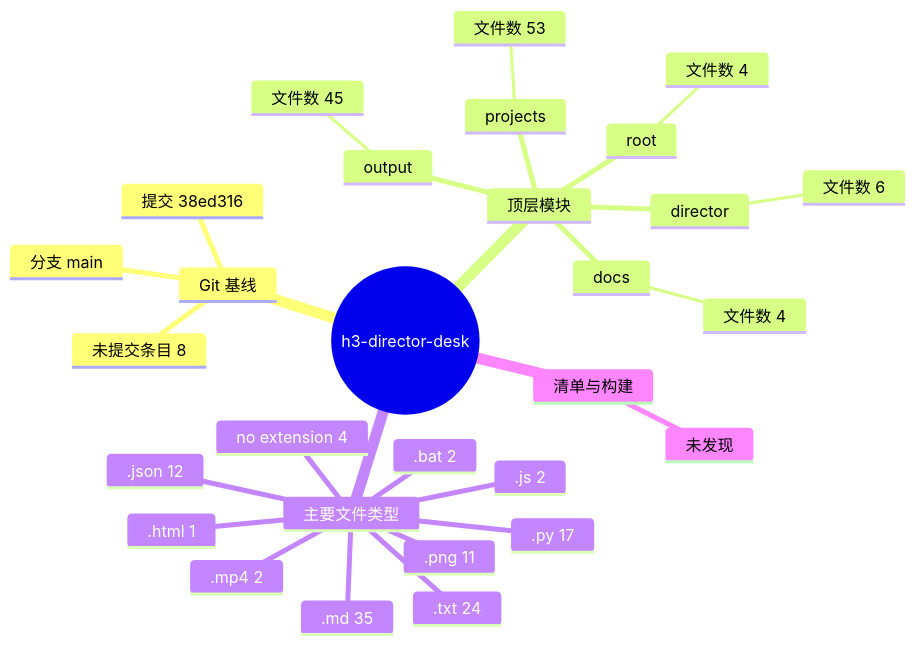
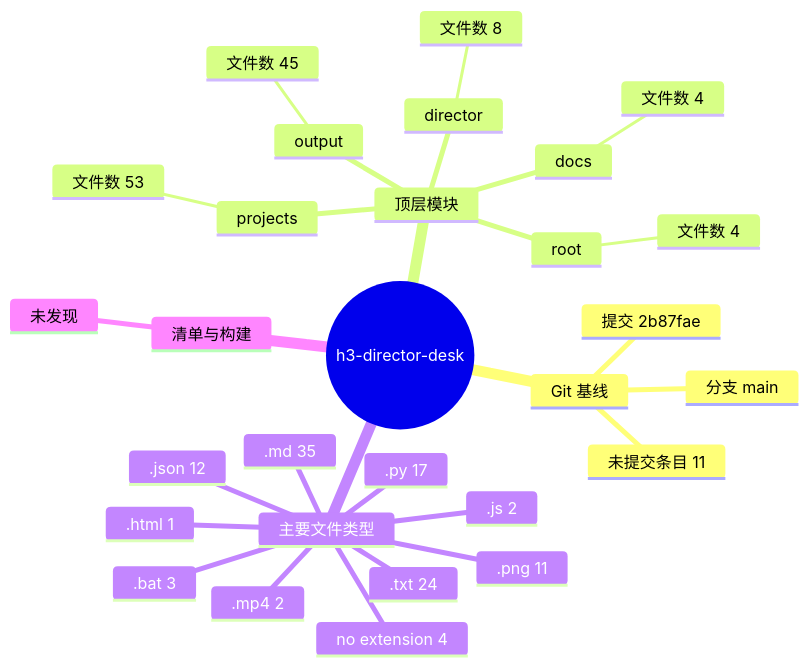
Before and after one commit to Exalex/h3-director-desk: the diagram in docs/project-evolution/mindmaps/repository-structure.md, drawn with Mermaid. The commit also changed 11 other files, not shown here.

````diff
--- a/docs/project-evolution/mindmaps/repository-structure.md
+++ b/docs/project-evolution/mindmaps/repository-structure.md
@@ -5,32 +5,32 @@
 ```mermaid
 mindmap
   root((h3-director-desk))
     Git 基线
       分支 main
-      提交 38ed316
-      未提交条目 8
+      提交 2b87fae
+      未提交条目 11
     顶层模块
       projects
         文件数 53
       output
         文件数 45
       director
-        文件数 6
+        文件数 8
       root
         文件数 4
       docs
         文件数 4
     主要文件类型
       .md 35
       .txt 24
       .py 17
       .json 12
       .png 11
       no extension 4
-      .bat 2
+      .bat 3
       .js 2
       .mp4 2
       .html 1
     清单与构建
       未发现
 ```
````
